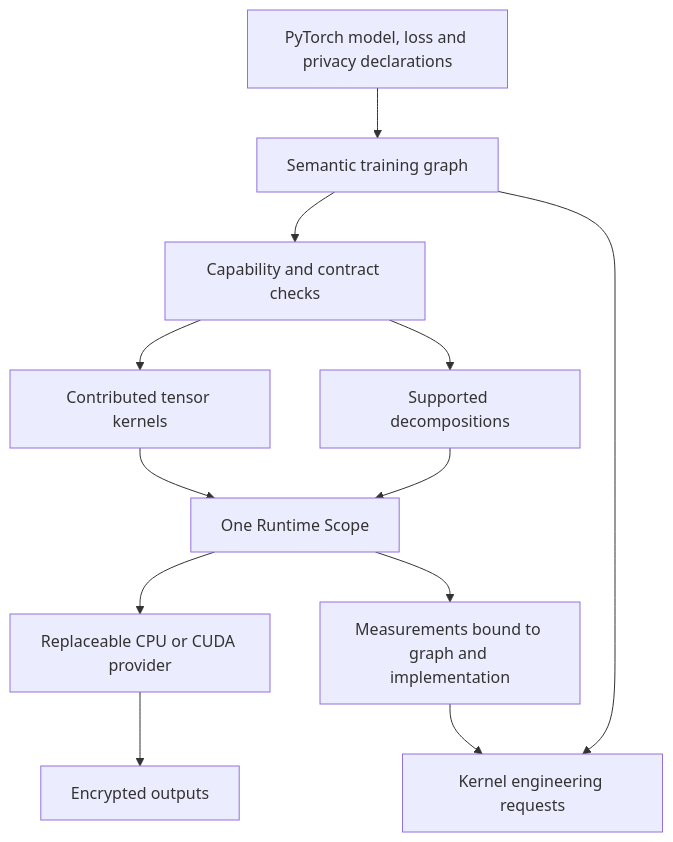
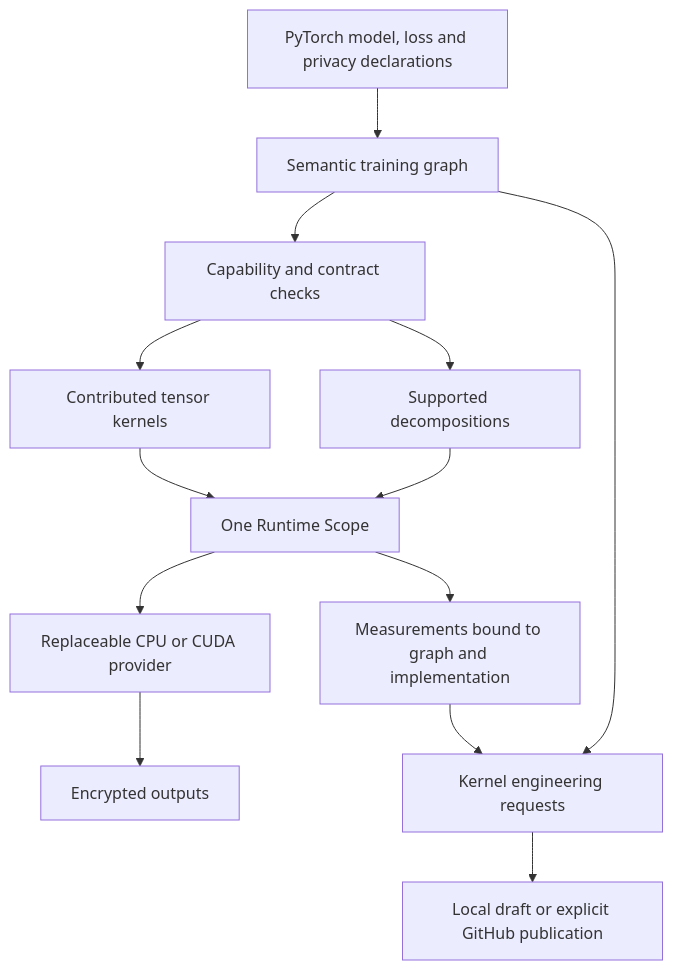
One commit to zotanika/fhenomenon changed the diagram in README.md. Above: the diagram before and after it, drawn with Mermaid. The commit also changed other lines of this file and 1 other file, not shown here.

````diff
--- a/README.md
+++ b/README.md
@@ -15,14 +15,15 @@
 ```mermaid
 flowchart TD
   M[PyTorch model, loss and privacy declarations] --> G[Semantic training graph]
   G --> C[Capability and contract checks]
   C --> K[Contributed tensor kernels]
   C --> D[Supported decompositions]
   K --> S[One Runtime Scope]
   D --> S
   S --> P[Replaceable CPU or CUDA provider]
   P --> E[Encrypted outputs]
   S --> T[Measurements bound to graph and implementation]
   G --> R[Kernel engineering requests]
   T --> R
+  R --> I[Local draft or explicit GitHub publication]
 ```
````
